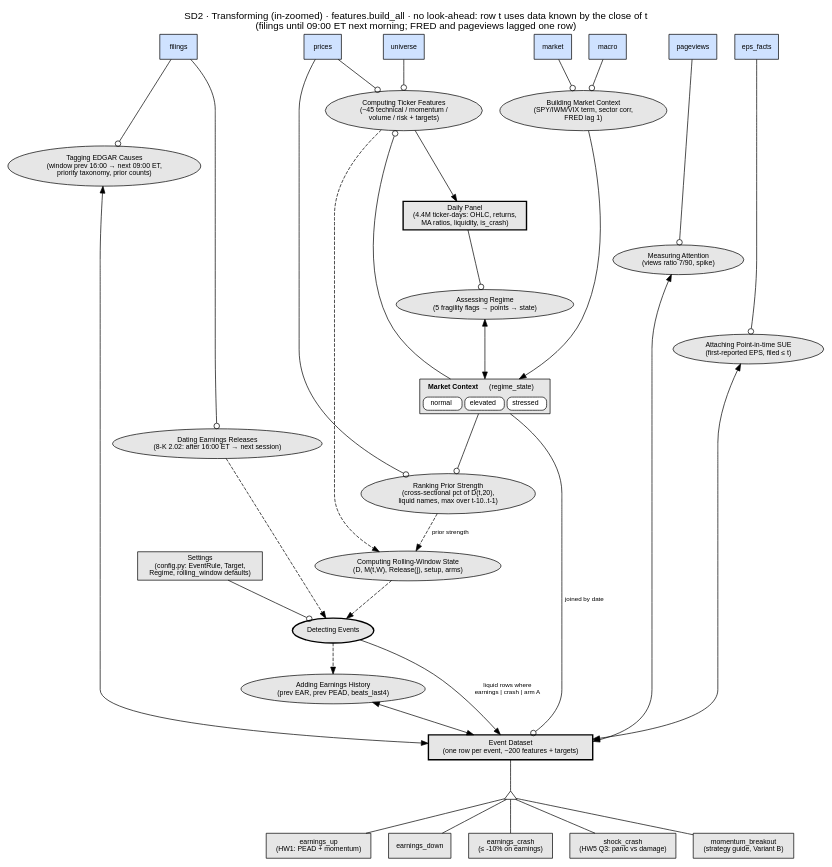
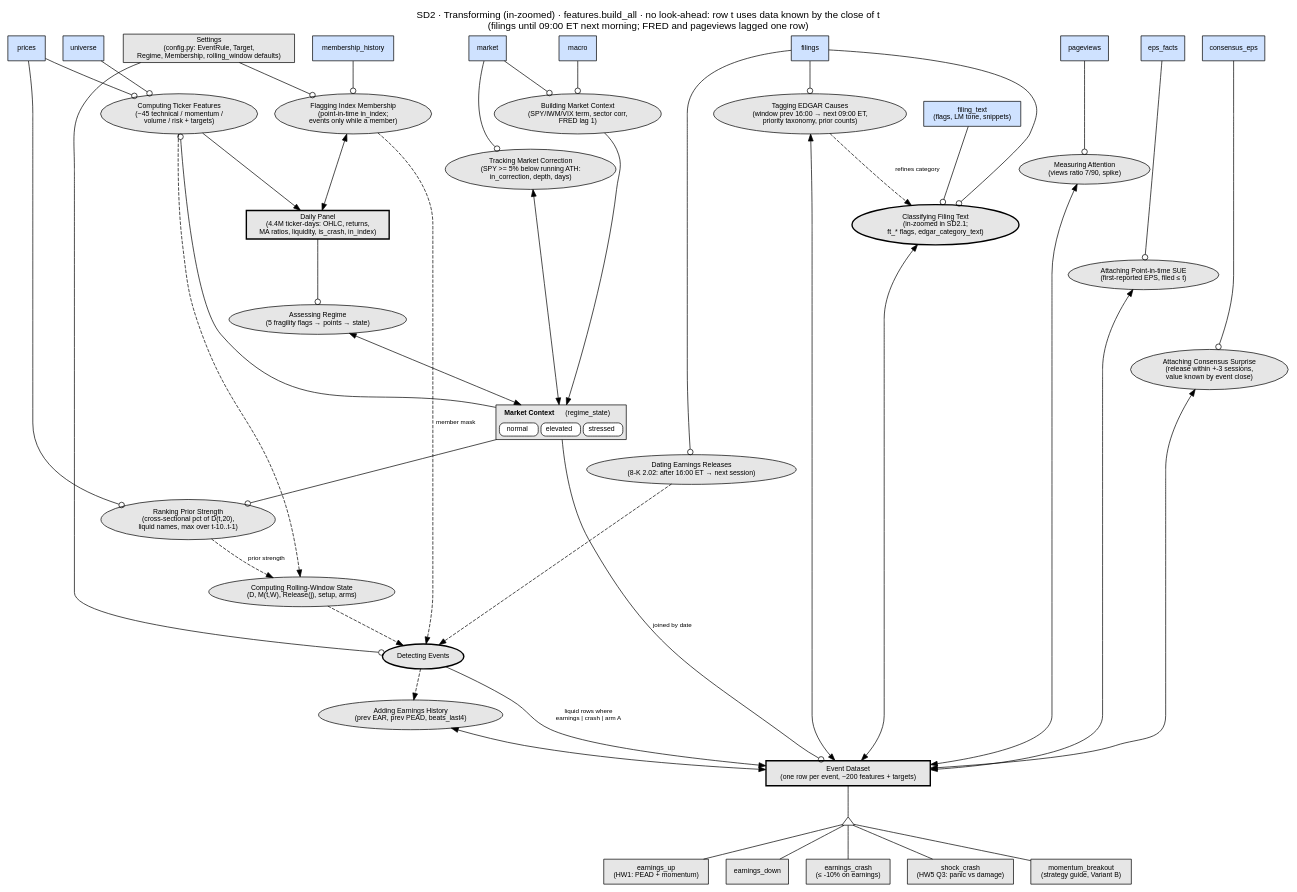
One commit to witold-andelie/stock_analysis_wentao changed the diagram in project/docs/architecture/opm/SD2_transforming.dot. Above: the diagram before and after it, drawn with Graphviz. The commit also changed 85 other files, not shown here.

First line of the commit message:
Final project v2: point-in-time universe, audited research, filing text, CI/CD

```diff
--- a/project/docs/architecture/opm/SD2_transforming.dot
+++ b/project/docs/architecture/opm/SD2_transforming.dot
@@ -1,68 +1,80 @@
 // SD2 · Transforming in-zoomed: raw tables -> Daily Panel + Event Dataset (+ Market Context).
 digraph SD2 {
   graph [rankdir=TB, fontname="Helvetica", fontsize=14, labelloc=t, nodesep=0.35, ranksep=0.6,
          label="SD2 · Transforming (in-zoomed) · features.build_all · no look-ahead: row t uses data known by the close of t\n(filings until 09:00 ET next morning; FRED and pageviews lagged one row)"];
   node  [fontname="Helvetica", fontsize=10, style=filled, fillcolor="#e6e6e6"];
   edge  [fontname="Helvetica", fontsize=9];
 
   // inputs (from SD1)
   t_px  [shape=box, fillcolor="#cfe2ff", label="prices"];
   t_mkt [shape=box, fillcolor="#cfe2ff", label="market"];
   t_mac [shape=box, fillcolor="#cfe2ff", label="macro"];
   t_fil [shape=box, fillcolor="#cfe2ff", label="filings"];
   t_eps [shape=box, fillcolor="#cfe2ff", label="eps_facts"];
   t_pv  [shape=box, fillcolor="#cfe2ff", label="pageviews"];
   t_uni [shape=box, fillcolor="#cfe2ff", label="universe"];
-  rules [shape=box, label="Settings\n(config.py: EventRule, Target,\nRegime, rolling_window defaults)"];
+  t_mem [shape=box, fillcolor="#cfe2ff", label="membership_history"];
+  t_cons [shape=box, fillcolor="#cfe2ff", label="consensus_eps"];
+  rules [shape=box, label="Settings\n(config.py: EventRule, Target,\nRegime, Membership, rolling_window defaults)"];
 
   // processes
   p_ctx  [shape=ellipse, label="Building Market Context\n(SPY/IWM/VIX term, sector corr,\nFRED lag 1)"];
   p_str  [shape=ellipse, label="Ranking Prior Strength\n(cross-sectional pct of D(t,20),\nliquid names, max over t-10..t-1)"];
   p_tick [shape=ellipse, label="Computing Ticker Features\n(~45 technical / momentum /\nvolume / risk + targets)"];
   p_rw   [shape=ellipse, label="Computing Rolling-Window State\n(D, M(t,W), Release(j), setup, arms)"];
   p_earn [shape=ellipse, label="Dating Earnings Releases\n(8-K 2.02: after 16:00 ET → next session)"];
   p_det  [shape=ellipse, penwidth=2, label="Detecting Events"];
   p_hist [shape=ellipse, label="Adding Earnings History\n(prev EAR, prev PEAD, beats_last4)"];
   p_edg  [shape=ellipse, label="Tagging EDGAR Causes\n(window prev 16:00 → next 09:00 ET,\npriority taxonomy, prior counts)"];
   p_att  [shape=ellipse, label="Measuring Attention\n(views ratio 7/90, spike)"];
   p_sue  [shape=ellipse, label="Attaching Point-in-time SUE\n(first-reported EPS, filed ≤ t)"];
+  p_mbr  [shape=ellipse, label="Flagging Index Membership\n(point-in-time in_index;\nevents only while a member)"];
+  p_cor  [shape=ellipse, label="Tracking Market Correction\n(SPY >= 5% below running ATH:\nin_correction, depth, days)"];
+  p_con  [shape=ellipse, label="Attaching Consensus Surprise\n(release within +-3 sessions,\nvalue known by event close)"];
   p_reg  [shape=ellipse, label="Assessing Regime\n(5 fragility flags → points → state)"];
 
   // outputs
-  panel [shape=box, style="filled,bold", label="Daily Panel\n(4.4M ticker-days: OHLC, returns,\nMA ratios, liquidity, is_crash)"];
+  panel [shape=box, style="filled,bold", label="Daily Panel\n(4.4M ticker-days: OHLC, returns,\nMA ratios, liquidity, is_crash, in_index)"];
   ctx   [shape=plain, style="", label=<
     <TABLE BORDER="1" CELLBORDER="1" CELLSPACING="4" CELLPADDING="3" BGCOLOR="#e6e6e6">
       <TR><TD BORDER="0" COLSPAN="3"><B>Market Context</B> (regime_state)</TD></TR>
       <TR><TD STYLE="rounded" BGCOLOR="white">normal</TD><TD STYLE="rounded" BGCOLOR="white">elevated</TD><TD STYLE="rounded" BGCOLOR="white">stressed</TD></TR>
     </TABLE>>];
   events [shape=box, style="filled,bold", penwidth=2, label="Event Dataset\n(one row per event, ~200 features + targets)"];
 
   // specialisation of Event
   gen [shape=triangle, style=filled, fillcolor=white, label="", width=0.25, height=0.22];
   e_up   [shape=box, label="earnings_up\n(HW1: PEAD + momentum)"];
   e_dn   [shape=box, label="earnings_down"];
   e_cr   [shape=box, label="earnings_crash\n(≤ -10% on earnings)"];
   e_sh   [shape=box, label="shock_crash\n(HW5 Q3: panic vs damage)"];
   e_bo   [shape=box, label="momentum_breakout\n(strategy guide, Variant B)"];
   events -> gen [arrowhead=none];
   gen -> e_up [arrowhead=none]; gen -> e_dn [arrowhead=none]; gen -> e_cr [arrowhead=none];
   gen -> e_sh [arrowhead=none]; gen -> e_bo [arrowhead=none];
 
   // links
   t_mkt -> p_ctx [arrowhead=odot]; t_mac -> p_ctx [arrowhead=odot]; p_ctx -> ctx;
   t_px -> p_str [arrowhead=odot]; ctx -> p_str [arrowhead=odot];
   t_px -> p_tick [arrowhead=odot]; ctx -> p_tick [arrowhead=odot]; t_uni -> p_tick [arrowhead=odot];
   p_tick -> panel;
   p_str -> p_rw [style=dashed, label="prior strength"]; p_tick -> p_rw [style=dashed];
   t_fil -> p_earn [arrowhead=odot];
   rules -> p_det [arrowhead=odot];
   p_rw -> p_det [style=dashed]; p_earn -> p_det [style=dashed];
   p_det -> events [label="liquid rows where\nearnings | crash | arm A"];
   p_det -> p_hist [style=dashed]; p_hist -> events [dir=both];
   t_fil -> p_edg [arrowhead=odot]; p_edg -> events [dir=both];
+  t_ftx  [shape=box, fillcolor="#cfe2ff", label="filing_text\n(flags, LM tone, snippets)"];
+  p_ftx  [shape=ellipse, penwidth=2, label="Classifying Filing Text\n(in-zoomed in SD2.1;\nft_* flags, edgar_category_text)"];
+  t_ftx -> p_ftx [arrowhead=odot]; t_fil -> p_ftx [arrowhead=odot];
+  p_edg -> p_ftx [style=dashed, label="refines category"]; p_ftx -> events [dir=both];
   t_pv -> p_att [arrowhead=odot]; p_att -> events [dir=both];
   t_eps -> p_sue [arrowhead=odot]; p_sue -> events [dir=both];
+  t_mem -> p_mbr [arrowhead=odot]; rules -> p_mbr [arrowhead=odot]; p_mbr -> panel [dir=both]; p_mbr -> p_det [style=dashed, label="member mask"];
+  t_mkt -> p_cor [arrowhead=odot]; p_cor -> ctx [dir=both];
+  t_cons -> p_con [arrowhead=odot]; p_con -> events [dir=both];
   panel -> p_reg [arrowhead=odot]; p_reg -> ctx [dir=both]; ctx -> events [arrowhead=odot, label="joined by date"];
 
-  { rank=same; t_px; t_mkt; t_mac; t_fil; t_eps; t_pv; t_uni; }
+  { rank=same; t_px; t_mkt; t_mac; t_fil; t_eps; t_pv; t_uni; t_mem; t_cons; }
 }
```
